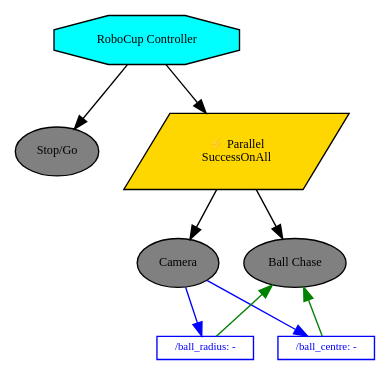
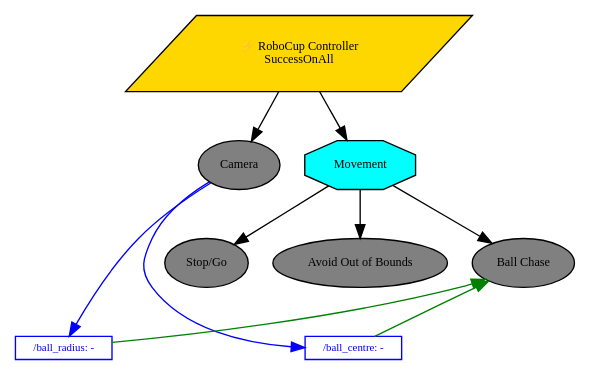
Before and after one commit to debater-coder/robocup-26: the diagram in controller/robocup_controller.dot, drawn with Graphviz. The commit also changed 5 other files, not shown here.

Commit message:
feat: avoid out of bounds

```diff
--- a/controller/robocup_controller.dot
+++ b/controller/robocup_controller.dot
@@ -1,26 +1,28 @@
 digraph pastafarianism {
 ordering=out;
 graph [fontname="times-roman"];
 node [fontname="times-roman"];
 edge [fontname="times-roman"];
-"RoboCup Controller" [label="RoboCup Controller", shape=octagon, style=filled, fillcolor=cyan, fontsize=9, fontcolor=black];
+"RoboCup Controller" [label="⚡ RoboCup Controller\nSuccessOnAll", shape=parallelogram, style=filled, fillcolor=gold, fontsize=9, fontcolor=black];
+Camera [label=Camera, shape=ellipse, style=filled, fillcolor=gray, fontsize=9, fontcolor=black];
+"RoboCup Controller" -> Camera;
+Movement [label=Movement, shape=octagon, style=filled, fillcolor=cyan, fontsize=9, fontcolor=black];
+"RoboCup Controller" -> Movement;
 "Stop/Go" [label="Stop/Go", shape=ellipse, style=filled, fillcolor=gray, fontsize=9, fontcolor=black];
-"RoboCup Controller" -> "Stop/Go";
-Parallel [label="⚡ Parallel\nSuccessOnAll", shape=parallelogram, style=filled, fillcolor=gold, fontsize=9, fontcolor=black];
-"RoboCup Controller" -> Parallel;
-Camera [label=Camera, shape=ellipse, style=filled, fillcolor=gray, fontsize=9, fontcolor=black];
-Parallel -> Camera;
+Movement -> "Stop/Go";
+"Avoid Out of Bounds" [label="Avoid Out of Bounds", shape=ellipse, style=filled, fillcolor=gray, fontsize=9, fontcolor=black];
+Movement -> "Avoid Out of Bounds";
 "Ball Chase" [label="Ball Chase", shape=ellipse, style=filled, fillcolor=gray, fontsize=9, fontcolor=black];
-Parallel -> "Ball Chase";
+Movement -> "Ball Chase";
 "/ball_radius" -> "Ball Chase" [color=green, constraint=false, weight=0];
 Camera -> "/ball_radius" [color=blue, constraint=false, weight=0];
 "/ball_centre" -> "Ball Chase" [color=green, constraint=false, weight=0];
 Camera -> "/ball_centre" [color=blue, constraint=false, weight=0];
 subgraph Blackboard {
 id=Blackboard;
 label=Blackboard;
 rank=sink;
 "/ball_radius" [label="/ball_radius: -", shape=box, style=filled, color=blue, fillcolor=white, fontsize=8, fontcolor=blue, width=0, height=0, fixedsize=false];
 "/ball_centre" [label="/ball_centre: -", shape=box, style=filled, color=blue, fillcolor=white, fontsize=8, fontcolor=blue, width=0, height=0, fixedsize=false];
 }
 }
```
